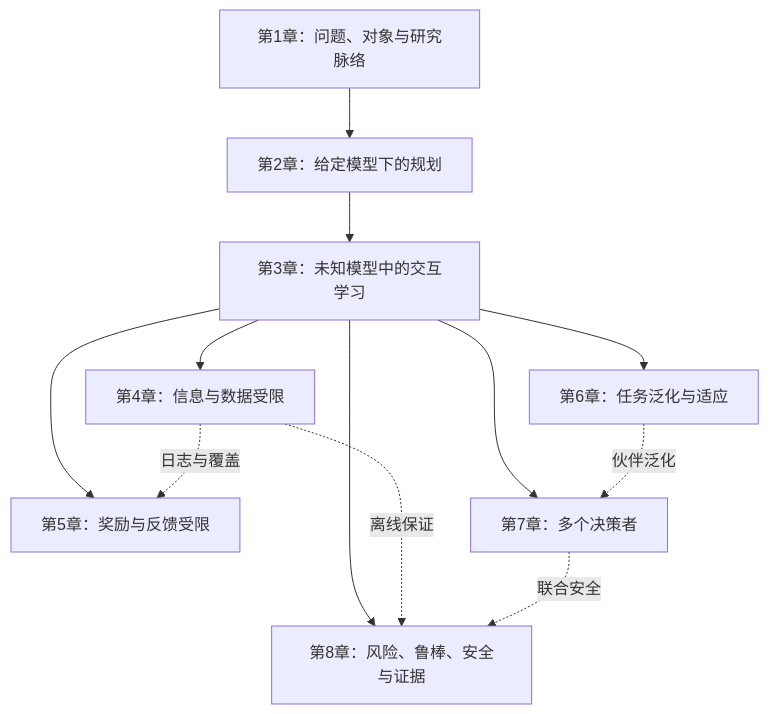
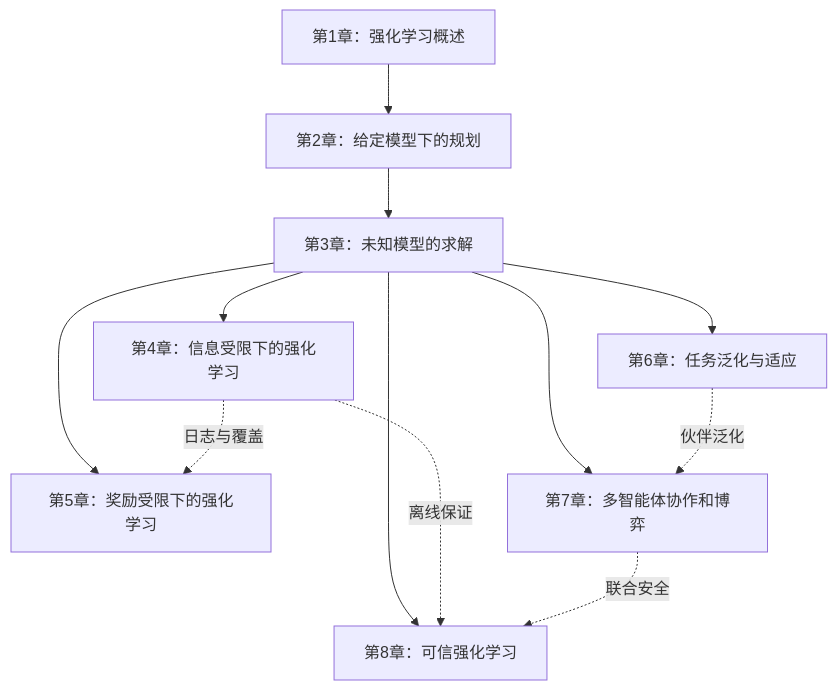
Before and after one commit to shixiaogang/notes-on-machine-learning: the first of 9 diagrams in plans/reinforcement-learning-outline.md, drawn with Mermaid. The commit also changed other lines of this file and 64 other files, not shown here.

````diff
--- a/plans/reinforcement-learning-outline.md
+++ b/plans/reinforcement-learning-outline.md
@@ -56,14 +56,14 @@
 ```mermaid
 flowchart TD
-    c1["第1章：问题、对象与研究脉络"] --> c2["第2章：给定模型下的规划"]
-    c2 --> c3["第3章：未知模型中的交互学习"]
-    c3 --> c4["第4章：信息与数据受限"]
-    c3 --> c5["第5章：奖励与反馈受限"]
+    c1["第1章：强化学习概述"] --> c2["第2章：给定模型下的规划"]
+    c2 --> c3["第3章：未知模型的求解"]
+    c3 --> c4["第4章：信息受限下的强化学习"]
+    c3 --> c5["第5章：奖励受限下的强化学习"]
     c3 --> c6["第6章：任务泛化与适应"]
-    c3 --> c7["第7章：多个决策者"]
-    c3 --> c8["第8章：风险、鲁棒、安全与证据"]
+    c3 --> c7["第7章：多智能体协作和博弈"]
+    c3 --> c8["第8章：可信强化学习"]
     c4 -. "日志与覆盖" .-> c5
     c4 -. "离线保证" .-> c8
     c6 -. "伙伴泛化" .-> c7
     c7 -. "联合安全" .-> c8
 ```
````
